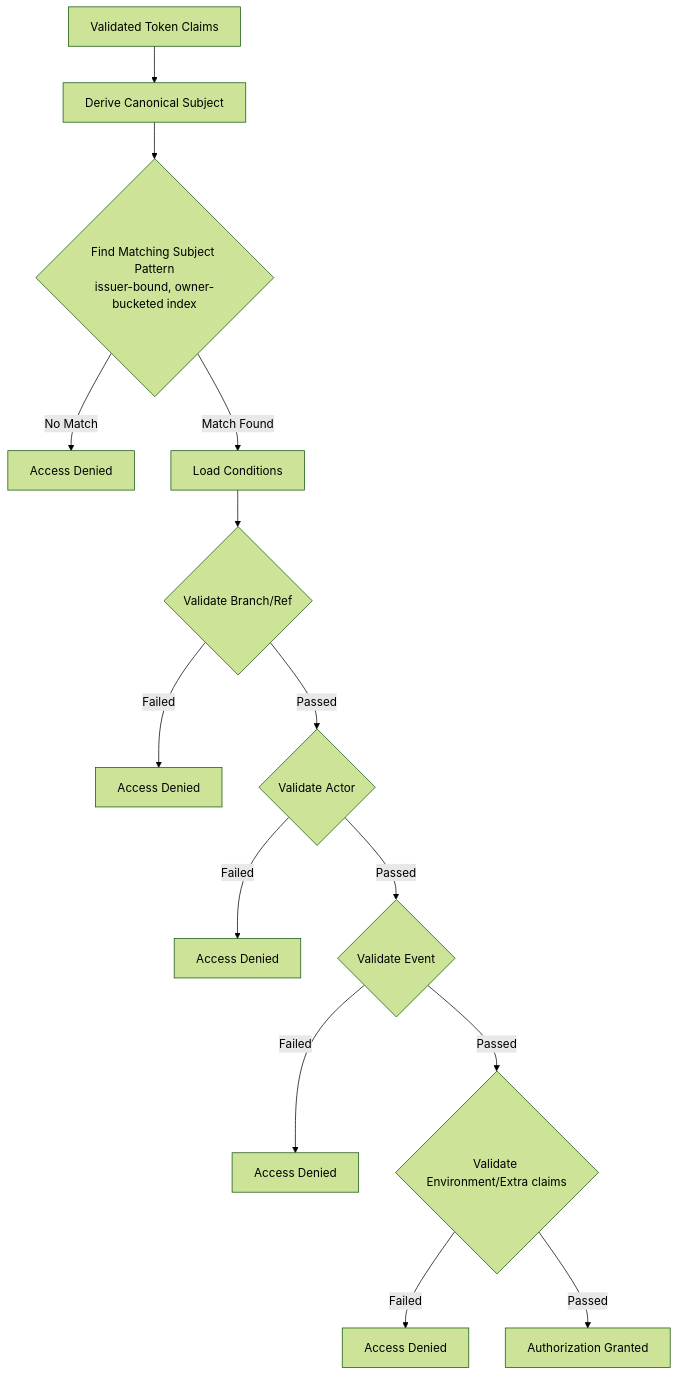
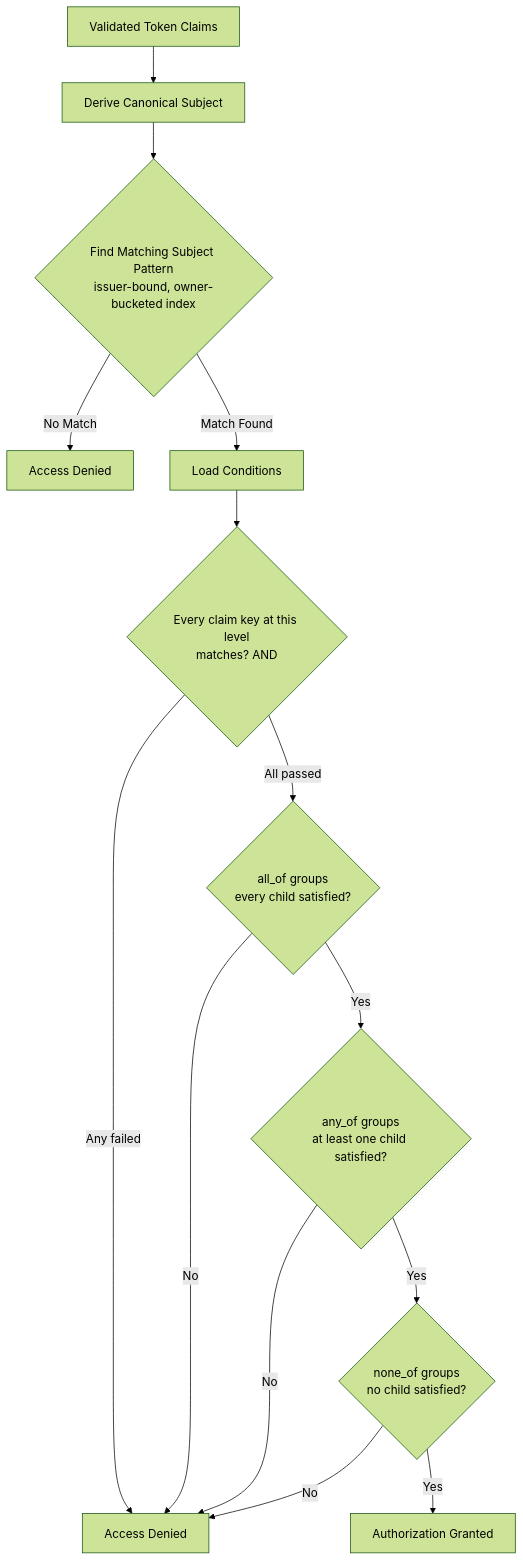
The sixth of 7 diagrams in docs/ARCHITECTURE.md (boogy/aws-oidc-warden), drawn with Mermaid (forest theme) before and after one commit. The commit also changed other lines of this file and 122 other files, not shown here.

First line of the commit message:
feat!: v3.0.0 — claim-native conditions, boolean groups, and first-class non-GitHub issuers (#311)

````diff
--- a/docs/ARCHITECTURE.md
+++ b/docs/ARCHITECTURE.md
@@ -476,16 +500,16 @@
 ```mermaid
 flowchart TD
     A[Validated Token Claims] --> B[Derive Canonical Subject]
     B --> C{Find Matching Subject Pattern<br/>issuer-bound, owner-bucketed index}
     C -->|No Match| D[Access Denied]
     C -->|Match Found| E[Load Conditions]
-    E --> F{Validate Branch/Ref}
-    F -->|Failed| G[Access Denied]
-    F -->|Passed| H{Validate Actor}
-    H -->|Failed| I[Access Denied]
-    H -->|Passed| J{Validate Event}
-    J -->|Failed| K[Access Denied]
-    J -->|Passed| L{Validate Environment/Extra claims}
-    L -->|Failed| M[Access Denied]
-    L -->|Passed| N[Authorization Granted]
+    E --> F{Every claim key at this level<br/>matches? AND}
+    F -->|Any failed| G[Access Denied]
+    F -->|All passed| H{all_of groups<br/>every child satisfied?}
+    H -->|No| G
+    H -->|Yes| I{any_of groups<br/>at least one child satisfied?}
+    I -->|No| G
+    I -->|Yes| J{none_of groups<br/>no child satisfied?}
+    J -->|No| G
+    J -->|Yes| K[Authorization Granted]
 ```
````
